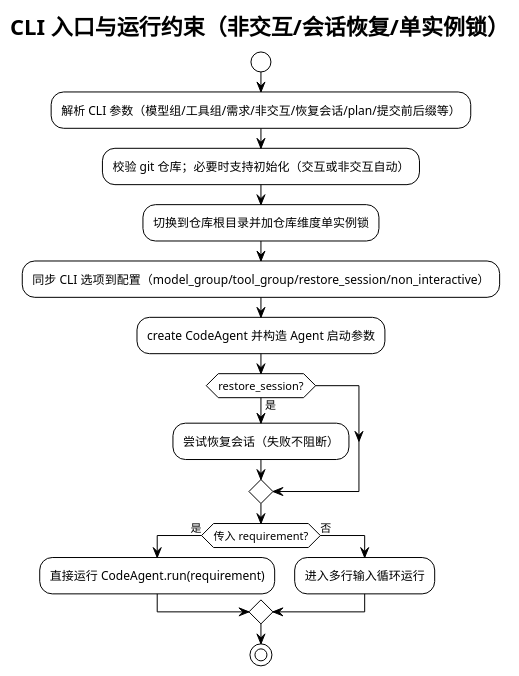
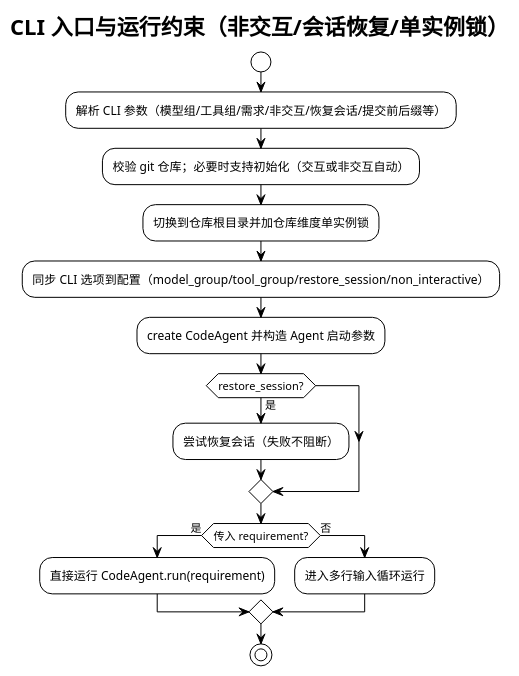
The fourth of 5 diagrams in docs/架构设计/CodeAgent系统架构设计.md (skyfireitdiy/Jarvis), drawn with PlantUML before and after one commit. The commit also changed other lines of this file and 18 other files, not shown here.

````diff
--- a/docs/架构设计/CodeAgent系统架构设计.md
+++ b/docs/架构设计/CodeAgent系统架构设计.md
@@ -187,22 +186,22 @@
 ```plantuml
 @startuml
 !theme plain
 title CLI 入口与运行约束（非交互/会话恢复/单实例锁）
 
 start
-:解析 CLI 参数（模型组/工具组/需求/非交互/恢复会话/plan/提交前后缀等）;
+:解析 CLI 参数（模型组/工具组/需求/非交互/恢复会话/提交前后缀等）;
 :校验 git 仓库；必要时支持初始化（交互或非交互自动）;
 :切换到仓库根目录并加仓库维度单实例锁;
 :同步 CLI 选项到配置（model_group/tool_group/restore_session/non_interactive）;
 :create CodeAgent 并构造 Agent 启动参数;
 if (restore_session?) then (是)
   :尝试恢复会话（失败不阻断）;
 endif
 if (传入 requirement?) then (是)
   :直接运行 CodeAgent.run(requirement);
 else (否)
   :进入多行输入循环运行;
 endif
 stop
 @enduml
 ```
````
